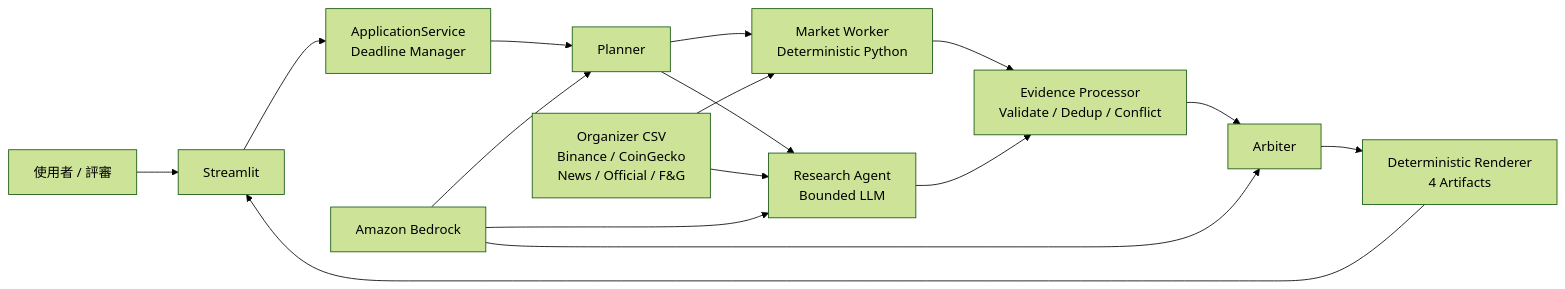
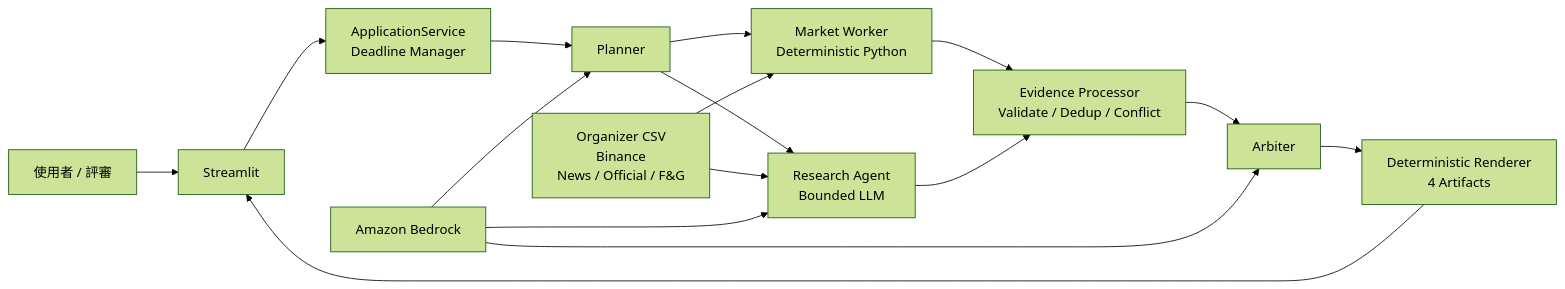
Before and after one commit to kevinzeroCode/hoya-bit-hackathon-agent: the diagram in README.md, drawn with Mermaid (forest theme). The commit also changed other lines of this file and 2 other files, not shown here.

First line of the commit message:
docs: add the agent architecture diagram and correct the CoinGecko fallback claim

````diff
--- a/README.md
+++ b/README.md
@@ -26,18 +27,18 @@
 ```mermaid
 flowchart LR
     User["使用者 / 評審"] --> UI["Streamlit"]
     UI --> App["ApplicationService<br/>Deadline Manager"]
     App --> Plan["Planner"]
     Plan --> Market["Market Worker<br/>Deterministic Python"]
     Plan --> Research["Research Agent<br/>Bounded LLM"]
-    Sources["Organizer CSV<br/>Binance / CoinGecko<br/>News / Official / F&G"] --> Market
+    Sources["Organizer CSV<br/>Binance<br/>News / Official / F&G"] --> Market
     Sources --> Research
     Bedrock["Amazon Bedrock"] --> Plan
     Bedrock --> Research
     Market --> Ledger["Evidence Processor<br/>Validate / Dedup / Conflict"]
     Research --> Ledger
     Ledger --> Arbiter["Arbiter"]
     Bedrock --> Arbiter
     Arbiter --> Report["Deterministic Renderer<br/>4 Artifacts"]
     Report --> UI
 ```
````
